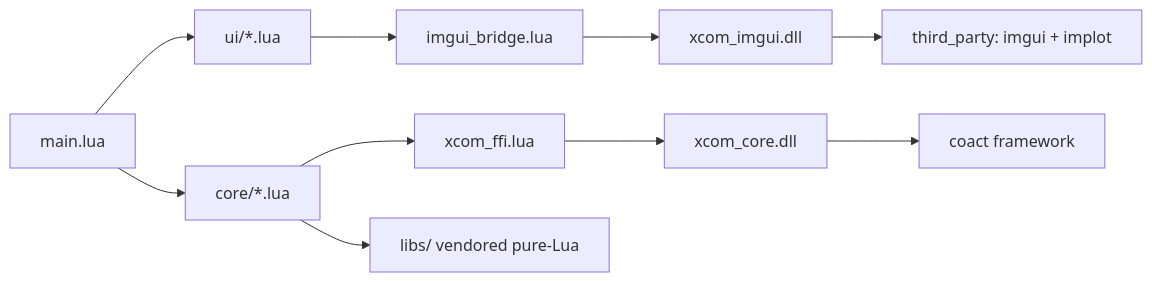
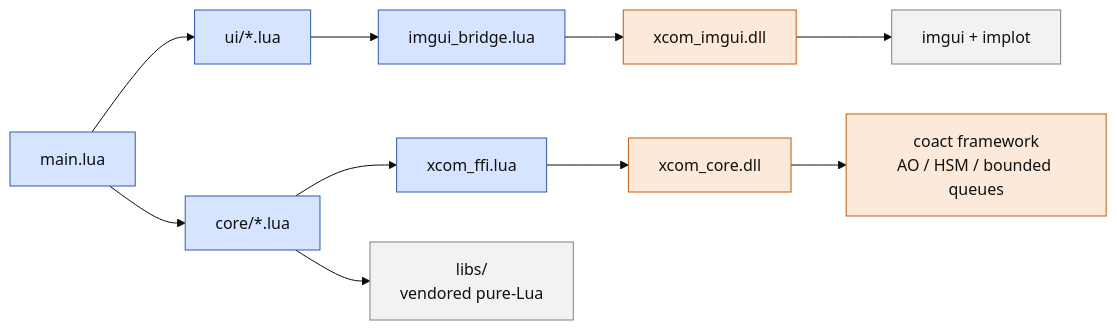
One commit to DeguiLiu/xcom_lua changed the second of 2 diagrams in README.md. Above: the diagram before and after it, drawn with Mermaid. The commit also changed other lines of this file and 19 other files, not shown here.

````diff
--- a/README.md
+++ b/README.md
@@ -26,10 +31,15 @@
 ```mermaid
+%%{init: {'theme':'base','themeVariables':{'fontFamily':'monospace'}}}%%
 flowchart LR
-  MAIN["main.lua"] --> UI["ui/*.lua"]
-  MAIN --> CORE["core/*.lua"]
-  UI --> BR["imgui_bridge.lua"] --> IMGDLL["xcom_imgui.dll"]
-  CORE --> FFI["xcom_ffi.lua"] --> COREDLL["xcom_core.dll"]
-  COREDLL --> COACT["coact framework"]
-  IMGDLL --> VEND["third_party: imgui + implot"]
-  CORE --> LIBS["libs/ vendored pure-Lua"]
+  classDef lua fill:#D6E4FF,stroke:#2E5AAC,color:#111
+  classDef cpp fill:#FDE9D9,stroke:#C55A11,color:#111
+  classDef ext fill:#F2F2F2,stroke:#7F7F7F,color:#111
+
+  MAIN["main.lua"]:::lua --> UI["ui/*.lua"]:::lua
+  MAIN --> CORE["core/*.lua"]:::lua
+  UI --> BR["imgui_bridge.lua"]:::lua --> IMGDLL["xcom_imgui.dll"]:::cpp
+  CORE --> FFI["xcom_ffi.lua"]:::lua --> COREDLL["xcom_core.dll"]:::cpp
+  IMGDLL --> VEND["imgui + implot"]:::ext
+  COREDLL --> COACT["coact framework<br/>AO / HSM / bounded queues"]:::cpp
+  CORE --> LIBS["libs/<br/>vendored pure-Lua"]:::ext
 ```
````
